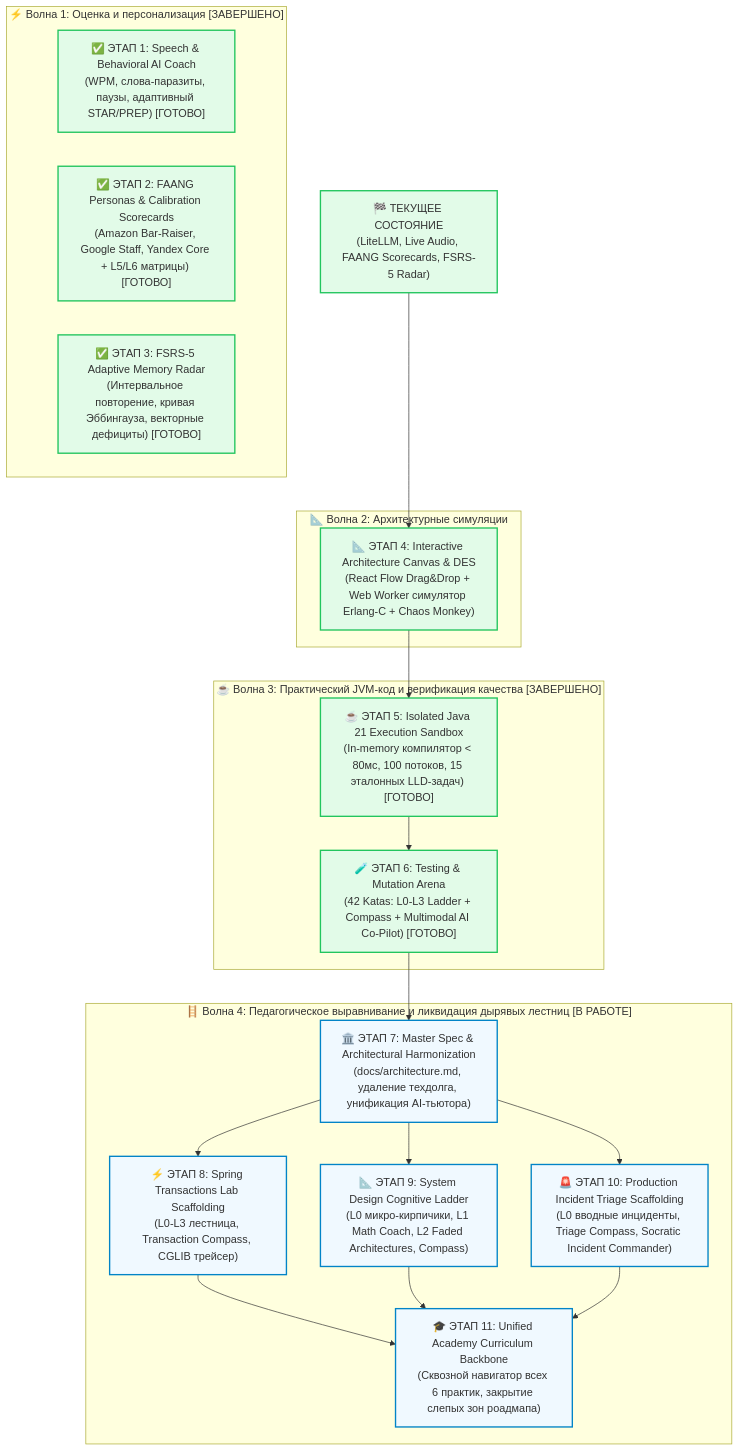
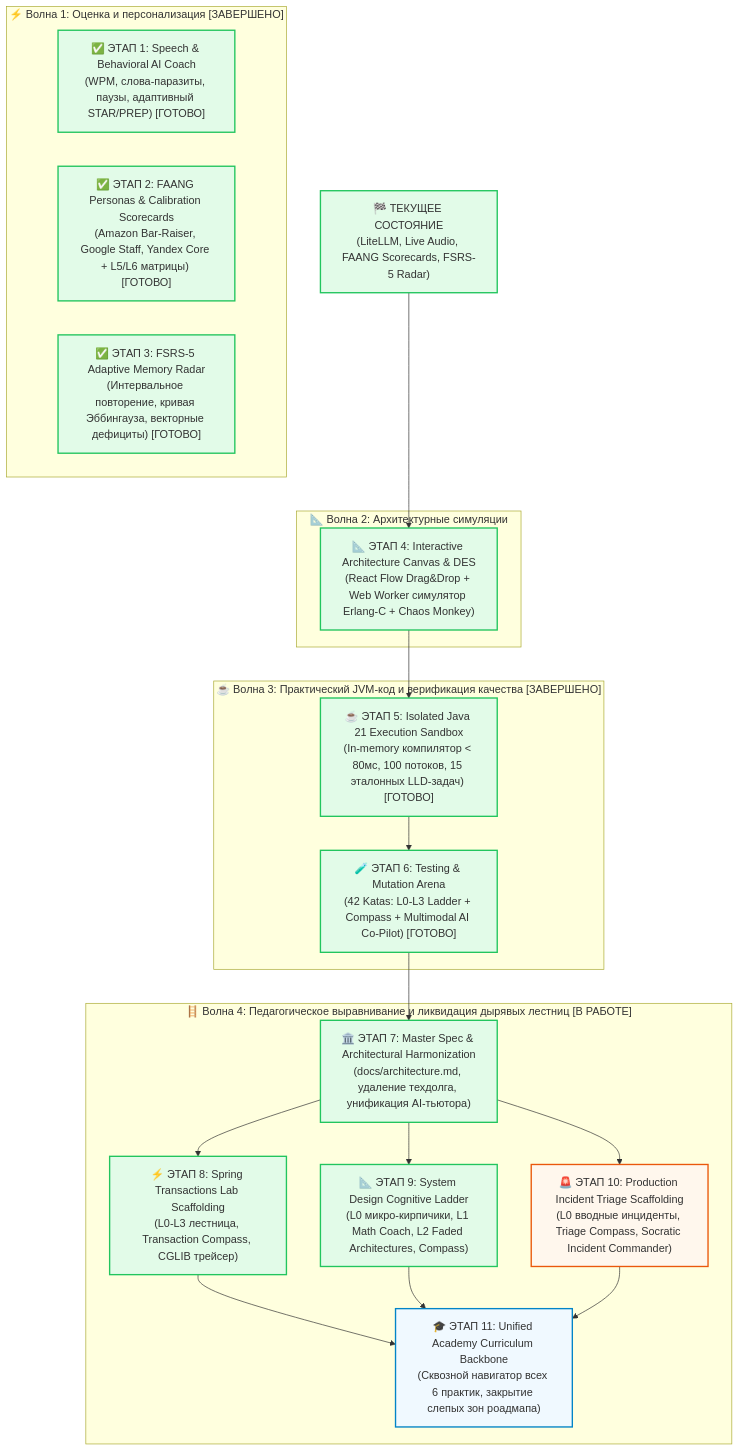
Before and after one commit to iliaIz/interview_tutor: the diagram in docs/roadmap/00_MASTER_ROADMAP.md, drawn with Mermaid. The commit also changed other lines of this file and 7 other files, not shown here.

````diff
--- a/docs/roadmap/00_MASTER_ROADMAP.md
+++ b/docs/roadmap/00_MASTER_ROADMAP.md
@@ -27,41 +27,42 @@
 ```mermaid
 flowchart TD
     Current["🏁 ТЕКУЩЕЕ СОСТОЯНИЕ\n(LiteLLM, Live Audio, FAANG Scorecards, FSRS-5 Radar)"]
 
     subgraph Wave1 ["⚡ Волна 1: Оценка и персонализация [ЗАВЕРШЕНО]"]
         Phase1["✅ ЭТАП 1: Speech & Behavioral AI Coach\n(WPM, слова-паразиты, паузы, адаптивный STAR/PREP) [ГОТОВО]"]
         Phase2["✅ ЭТАП 2: FAANG Personas & Calibration Scorecards\n(Amazon Bar-Raiser, Google Staff, Yandex Core + L5/L6 матрицы) [ГОТОВО]"]
         Phase3["✅ ЭТАП 3: FSRS-5 Adaptive Memory Radar\n(Интервальное повторение, кривая Эббингауза, векторные дефициты) [ГОТОВО]"]
     end
 
     subgraph Wave2 ["📐 Волна 2: Архитектурные симуляции"]
         Phase4["📐 ЭТАП 4: Interactive Architecture Canvas & DES\n(React Flow Drag&Drop + Web Worker симулятор Erlang-C + Chaos Monkey)"]
     end
 
     subgraph Wave3 ["☕ Волна 3: Практический JVM-код и верификация качества [ЗАВЕРШЕНО]"]
         Phase5["☕ ЭТАП 5: Isolated Java 21 Execution Sandbox\n(In-memory компилятор < 80мс, 100 потоков, 15 эталонных LLD-задач) [ГОТОВО]"]
         Phase6["🧪 ЭТАП 6: Testing & Mutation Arena\n(42 Katas: L0-L3 Ladder + Compass + Multimodal AI Co-Pilot) [ГОТОВО]"]
     end
 
     subgraph Wave4 ["🪜 Волна 4: Педагогическое выравнивание и ликвидация дырявых лестниц [В РАБОТЕ]"]
         Phase7["🏛️ ЭТАП 7: Master Spec & Architectural Harmonization\n(docs/architecture.md, удаление техдолга, унификация AI-тьютора)"]
         Phase8["⚡ ЭТАП 8: Spring Transactions Lab Scaffolding\n(L0-L3 лестница, Transaction Compass, CGLIB трейсер)"]
         Phase9["📐 ЭТАП 9: System Design Cognitive Ladder\n(L0 микро-кирпичики, L1 Math Coach, L2 Faded Architectures, Compass)"]
         Phase10["🚨 ЭТАП 10: Production Incident Triage Scaffolding\n(L0 вводные инциденты, Triage Compass, Socratic Incident Commander)"]
         Phase11["🎓 ЭТАП 11: Unified Academy Curriculum Backbone\n(Сквозной навигатор всех 6 практик, закрытие слепых зон роадмапа)"]
     end
 
     Current --> Phase4
     Phase4 --> Phase5
     Phase5 --> Phase6
     Phase6 --> Phase7
     Phase7 --> Phase8 & Phase9 & Phase10
     Phase8 & Phase9 & Phase10 --> Phase11
 
     classDef done fill:#e2fbe8,stroke:#22c55e,stroke-width:2px;
     classDef currentPhase fill:#fff7ed,stroke:#ea580c,stroke-width:2px;
     classDef queued fill:#f0f9ff,stroke:#0284c7,stroke-width:2px;
 
-    class Current,Phase1,Phase2,Phase3,Phase4,Phase5,Phase6 done;
-    class Phase7,Phase8,Phase9,Phase10,Phase11 queued;
+    class Current,Phase1,Phase2,Phase3,Phase4,Phase5,Phase6,Phase7,Phase8,Phase9 done;
+    class Phase10 currentPhase;
+    class Phase11 queued;
 ```
````
